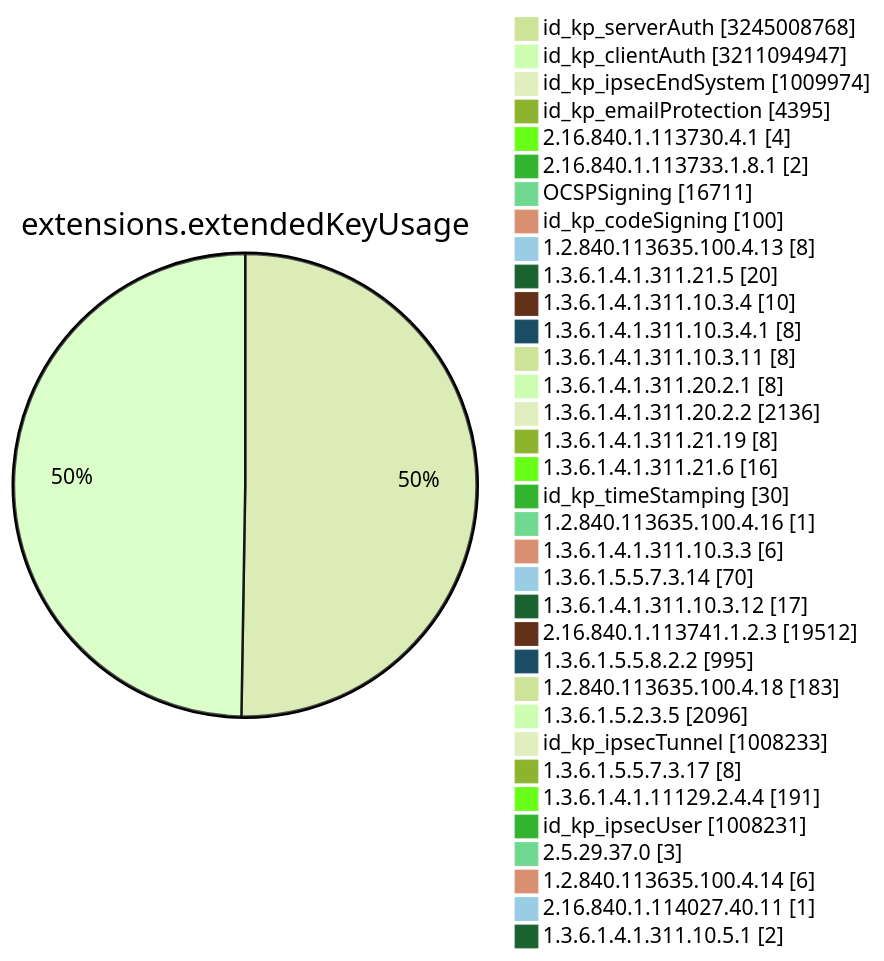
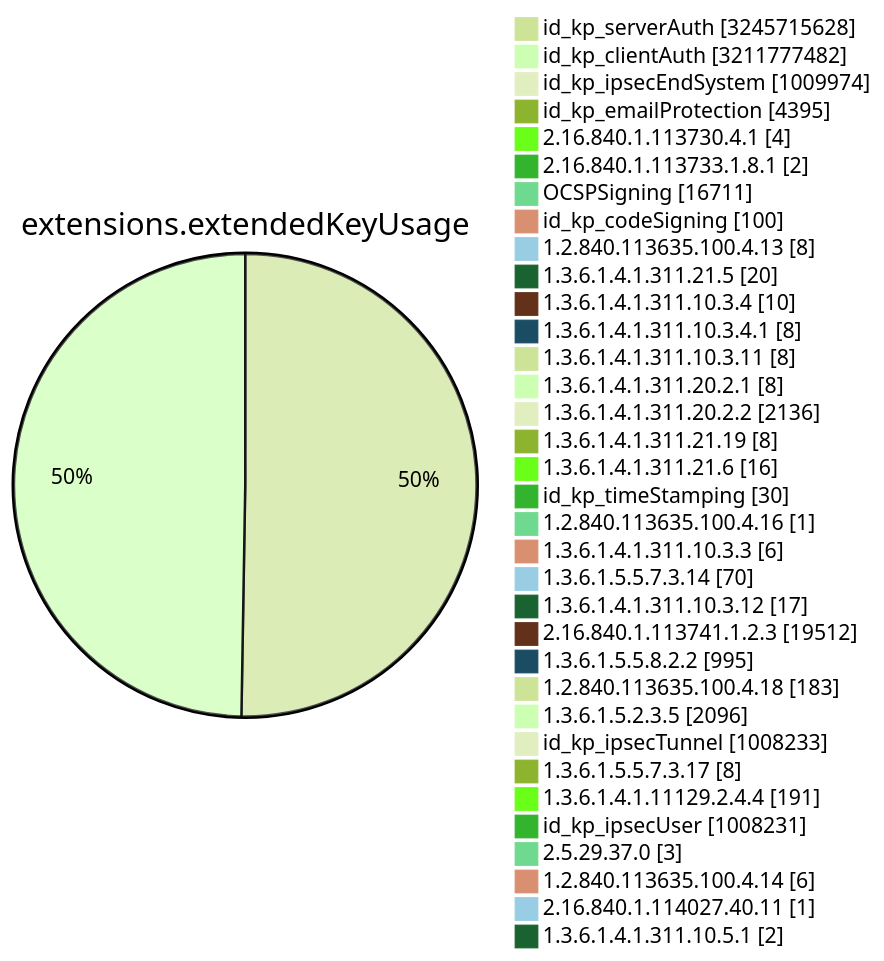
Diagram 11 of 15 in TOTAL/README.md (christiankrug/ctmonitor_visualization), drawn with Mermaid (forest theme) before and after one commit. The commit also changed other lines of this file, not shown here.

````diff
--- a/TOTAL/README.md
+++ b/TOTAL/README.md
@@ -4119,38 +4119,38 @@
 ```mermaid
 pie showData
 title extensions.extendedKeyUsage
-"id_kp_serverAuth" :3245008768
-"id_kp_clientAuth" :3211094947
+"id_kp_serverAuth" :3245715628
+"id_kp_clientAuth" :3211777482
 "id_kp_ipsecEndSystem" :1009974
 "id_kp_emailProtection" :4395
 "2.16.840.1.113730.4.1" :4
 "2.16.840.1.113733.1.8.1" :2
 "OCSPSigning" :16711
 "id_kp_codeSigning" :100
 "1.2.840.113635.100.4.13" :8
 "1.3.6.1.4.1.311.21.5" :20
 "1.3.6.1.4.1.311.10.3.4" :10
 "1.3.6.1.4.1.311.10.3.4.1" :8
 "1.3.6.1.4.1.311.10.3.11" :8
 "1.3.6.1.4.1.311.20.2.1" :8
 "1.3.6.1.4.1.311.20.2.2" :2136
 "1.3.6.1.4.1.311.21.19" :8
 "1.3.6.1.4.1.311.21.6" :16
 "id_kp_timeStamping" :30
 "1.2.840.113635.100.4.16" :1
 "1.3.6.1.4.1.311.10.3.3" :6
 "1.3.6.1.5.5.7.3.14" :70
 "1.3.6.1.4.1.311.10.3.12" :17
 "2.16.840.1.113741.1.2.3" :19512
 "1.3.6.1.5.5.8.2.2" :995
 "1.2.840.113635.100.4.18" :183
 "1.3.6.1.5.2.3.5" :2096
 "id_kp_ipsecTunnel" :1008233
 "1.3.6.1.5.5.7.3.17" :8
 "1.3.6.1.4.1.11129.2.4.4" :191
 "id_kp_ipsecUser" :1008231
 "2.5.29.37.0" :3
 "1.2.840.113635.100.4.14" :6
 "2.16.840.1.114027.40.11" :1
 "1.3.6.1.4.1.311.10.5.1" :2
 ```
````
